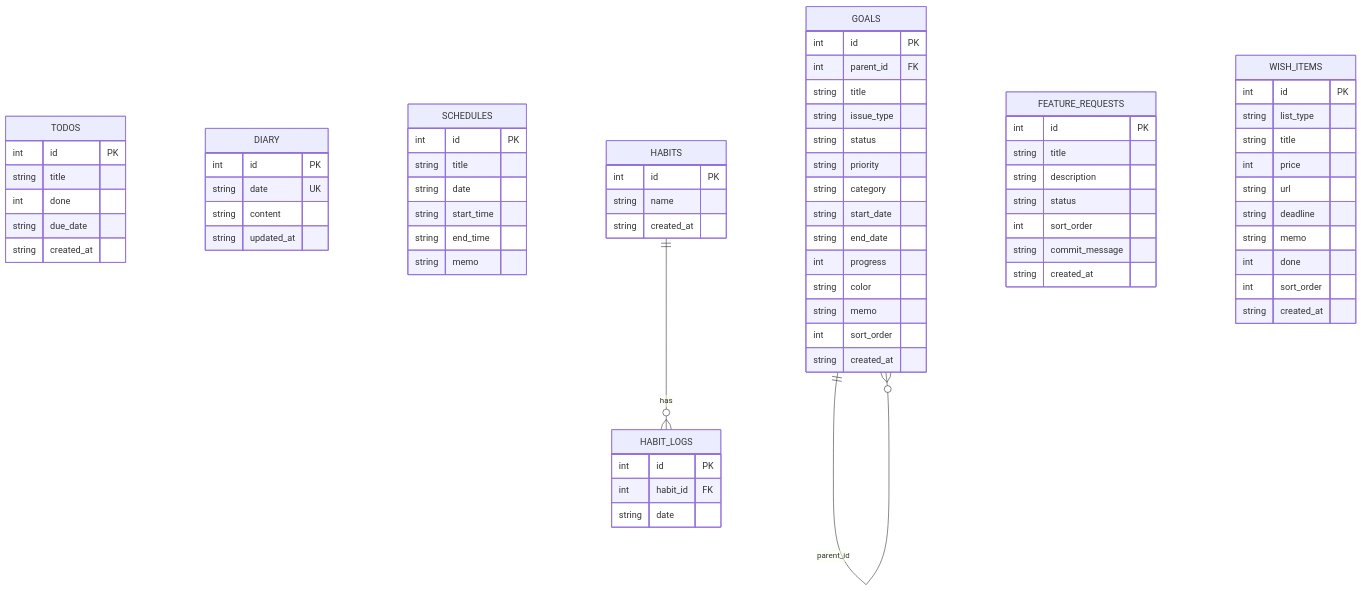
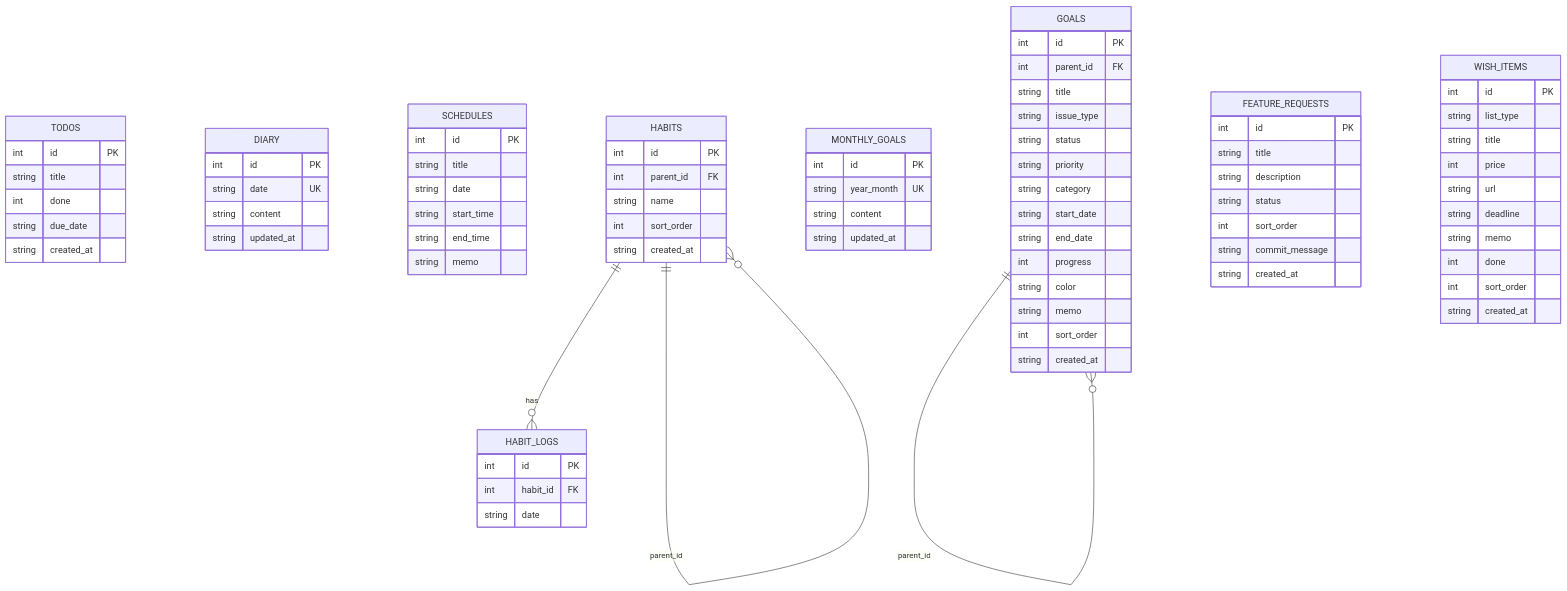
One commit to tkmain-dev/self-os changed the diagram in docs/database.md. Above: the diagram before and after it, drawn with Mermaid. The commit also changed other lines of this file and 7 other files, not shown here.

````diff
--- a/docs/database.md
+++ b/docs/database.md
@@ -38,7 +38,9 @@
 
     HABITS {
         int id PK
+        int parent_id FK
         string name
+        int sort_order
         string created_at
     }
 
@@ -46,6 +48,13 @@
         int id PK
         int habit_id FK
         string date
+    }
+
+    MONTHLY_GOALS {
+        int id PK
+        string year_month UK
+        string content
+        string updated_at
     }
 
     GOALS {
@@ -89,5 +98,6 @@
     }
 
     HABITS ||--o{ HABIT_LOGS : "has"
+    HABITS ||--o{ HABITS : "parent_id"
     GOALS ||--o{ GOALS : "parent_id"
 ```
````
